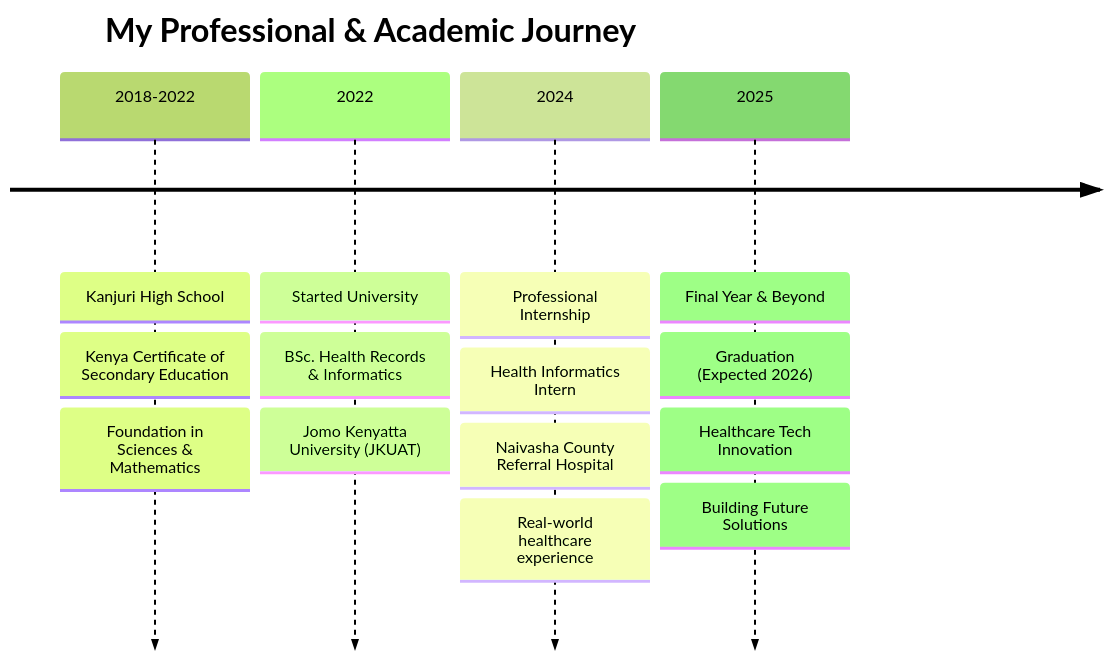
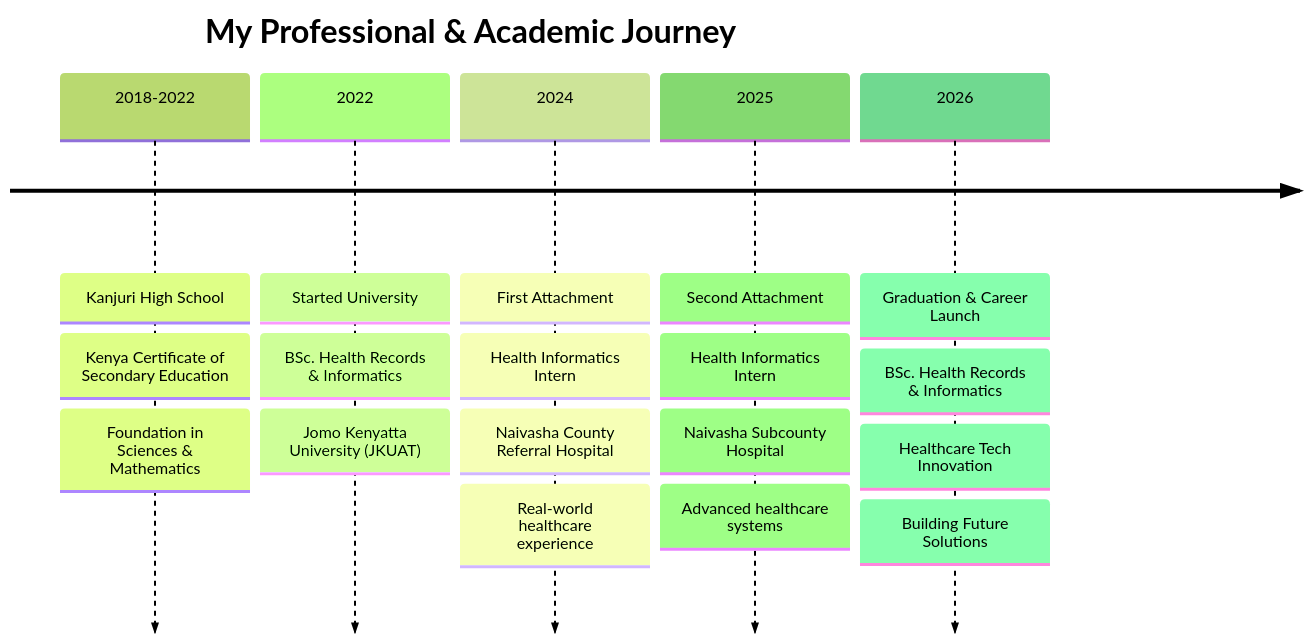
Before and after one commit to Sammy2266/Sammy2266: the first of 2 diagrams in README.md, drawn with Mermaid (forest theme). The commit also changed other lines of this file, not shown here.

````diff
--- a/README.md
+++ b/README.md
@@ -34,22 +34,27 @@
 ```mermaid
 timeline
     title My Professional & Academic Journey
 
     2018-2022 : Kanjuri High School
               : Kenya Certificate of Secondary Education
               : Foundation in Sciences & Mathematics
 
     2022      : Started University
               : BSc. Health Records & Informatics
               : Jomo Kenyatta University (JKUAT)
 
-    2024      : Professional Internship
+    2024      : First Attachment
               : Health Informatics Intern
               : Naivasha County Referral Hospital
               : Real-world healthcare experience
 
-    2025      : Final Year & Beyond
-              : Graduation (Expected 2026)
+    2025      : Second Attachment
+              : Health Informatics Intern
+              : Naivasha Subcounty Hospital
+              : Advanced healthcare systems
+
+    2026      : Graduation & Career Launch
+              : BSc. Health Records & Informatics
               : Healthcare Tech Innovation
               : Building Future Solutions
 ```
````
